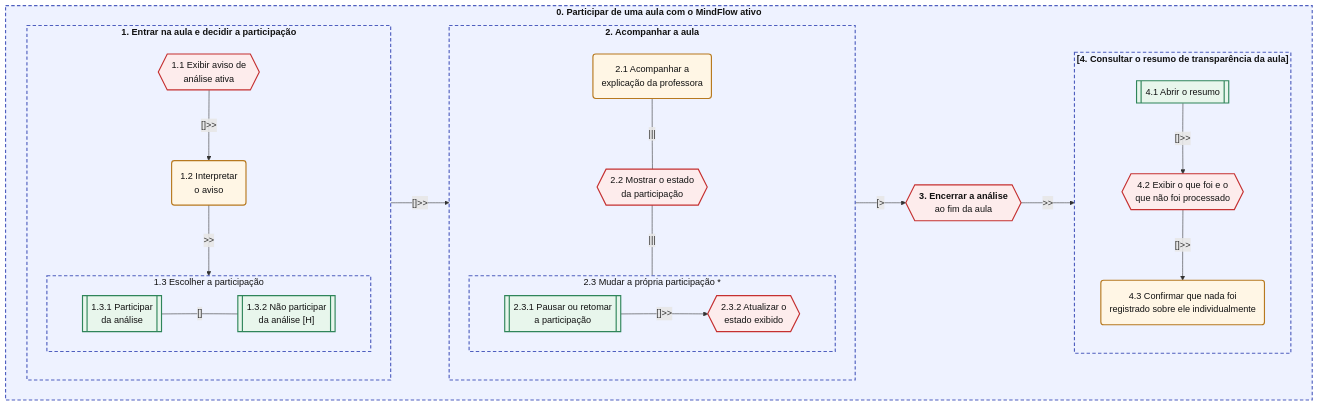
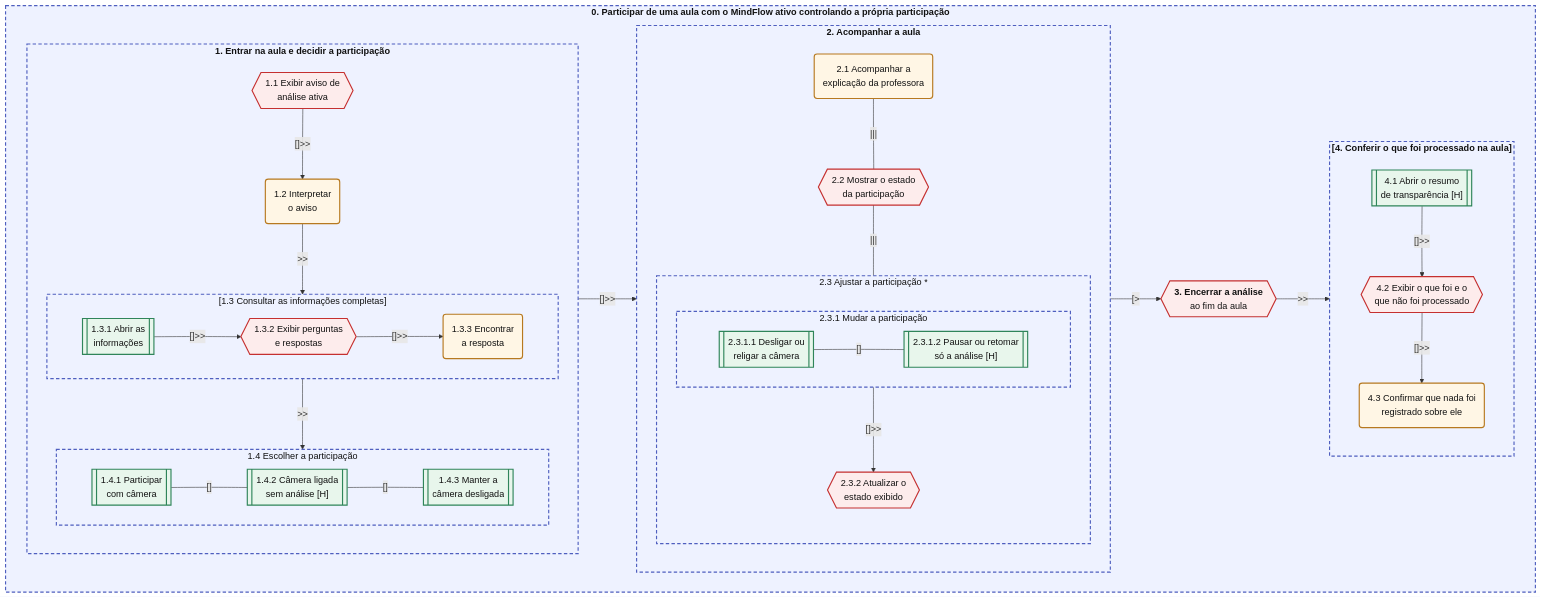
One commit to IsaRosseto/IHC_MindFlowAI changed the second of 2 diagrams in docs/05_analise_tarefas.md. Above: the diagram before and after it, drawn with Mermaid. The commit also changed other lines of this file, not shown here.

````diff
--- a/docs/05_analise_tarefas.md
+++ b/docs/05_analise_tarefas.md
@@ -266,61 +332,77 @@
 ```mermaid
 %%{init: {"flowchart": {"wrappingWidth": 600}}}%%
 flowchart LR
 
-    subgraph C0["<b>0. Participar de uma aula com o MindFlow ativo</b>"]
+    subgraph C0["<b>0. Participar de uma aula com o MindFlow ativo controlando a própria participação</b>"]
         direction LR
 
         subgraph C1["<b>1. Entrar na aula e decidir a participação</b>"]
             direction TB
             C11{{"1.1 Exibir aviso de<br/>análise ativa"}}
             C12("1.2 Interpretar<br/>o aviso")
-            subgraph C13["1.3 Escolher a participação"]
+            subgraph C13["[1.3 Consultar as informações completas]"]
                 direction LR
-                C131[["1.3.1 Participar<br/>da análise"]]
-                C132[["1.3.2 Não participar<br/>da análise [H]"]]
-                C131 -- "[]" --- C132
+                C131[["1.3.1 Abrir as<br/>informações"]]
+                C132{{"1.3.2 Exibir perguntas<br/>e respostas"}}
+                C133("1.3.3 Encontrar<br/>a resposta")
+                C131 -- "[]&gt;&gt;" --> C132
+                C132 -- "[]&gt;&gt;" --> C133
+            end
+            subgraph C14["1.4 Escolher a participação"]
+                direction LR
+                C141[["1.4.1 Participar<br/>com câmera"]]
+                C142[["1.4.2 Câmera ligada<br/>sem análise [H]"]]
+                C143[["1.4.3 Manter a<br/>câmera desligada"]]
+                C141 -- "[]" --- C142
+                C142 -- "[]" --- C143
             end
             C11 -- "[]&gt;&gt;" --> C12
             C12 -- "&gt;&gt;" --> C13
+            C13 -- "&gt;&gt;" --> C14
         end
 
         subgraph C2["<b>2. Acompanhar a aula</b>"]
             direction TB
             C21("2.1 Acompanhar a<br/>explicação da professora")
             C22{{"2.2 Mostrar o estado<br/>da participação"}}
-            subgraph C23["2.3 Mudar a própria participação *"]
-                direction LR
-                C231[["2.3.1 Pausar ou retomar<br/>a participação"]]
+            subgraph C23["2.3 Ajustar a participação *"]
+                direction TB
+                subgraph C231["2.3.1 Mudar a participação"]
+                    direction LR
+                    C2311[["2.3.1.1 Desligar ou<br/>religar a câmera"]]
+                    C2312[["2.3.1.2 Pausar ou retomar<br/>só a análise [H]"]]
+                    C2311 -- "[]" --- C2312
+                end
                 C232{{"2.3.2 Atualizar o<br/>estado exibido"}}
                 C231 -- "[]&gt;&gt;" --> C232
             end
             C21 -- "|||" --- C22
             C22 -- "|||" --- C23
         end
 
         C3{{"<b>3. Encerrar a análise</b><br/>ao fim da aula"}}
 
-        subgraph C4["<b>[4. Consultar o resumo de transparência da aula]</b>"]
+        subgraph C4["<b>[4. Conferir o que foi processado na aula]</b>"]
             direction TB
-            C41[["4.1 Abrir o resumo"]]
+            C41[["4.1 Abrir o resumo<br/>de transparência [H]"]]
             C42{{"4.2 Exibir o que foi e o<br/>que não foi processado"}}
-            C43("4.3 Confirmar que nada foi<br/>registrado sobre ele individualmente")
+            C43("4.3 Confirmar que nada foi<br/>registrado sobre ele")
             C41 -- "[]&gt;&gt;" --> C42
             C42 -- "[]&gt;&gt;" --> C43
         end
 
         C1 -- "[]&gt;&gt;" --> C2
         C2 -- "[&gt;" --> C3
         C3 -- "&gt;&gt;" --> C4
     end
 
     classDef interacao fill:#e8f6ec,stroke:#2f855a,stroke-width:2px,color:#111;
     classDef usuario fill:#fff6e5,stroke:#b7791f,stroke-width:2px,color:#111;
     classDef sistema fill:#fdecec,stroke:#c53030,stroke-width:2px,color:#111;
     classDef abstrata fill:#eef2ff,stroke:#4f5fbf,stroke-width:2px,stroke-dasharray:6 4,color:#111;
 
-    class C131,C132,C231,C41 interacao;
-    class C12,C21,C43 usuario;
-    class C11,C22,C232,C3,C42 sistema;
-    class C0,C1,C13,C2,C23,C4 abstrata;
+    class C131,C141,C142,C143,C2311,C2312,C41 interacao;
+    class C12,C133,C21,C43 usuario;
+    class C11,C132,C22,C232,C3,C42 sistema;
+    class C0,C1,C13,C14,C2,C23,C231,C4 abstrata;
 ```
````
